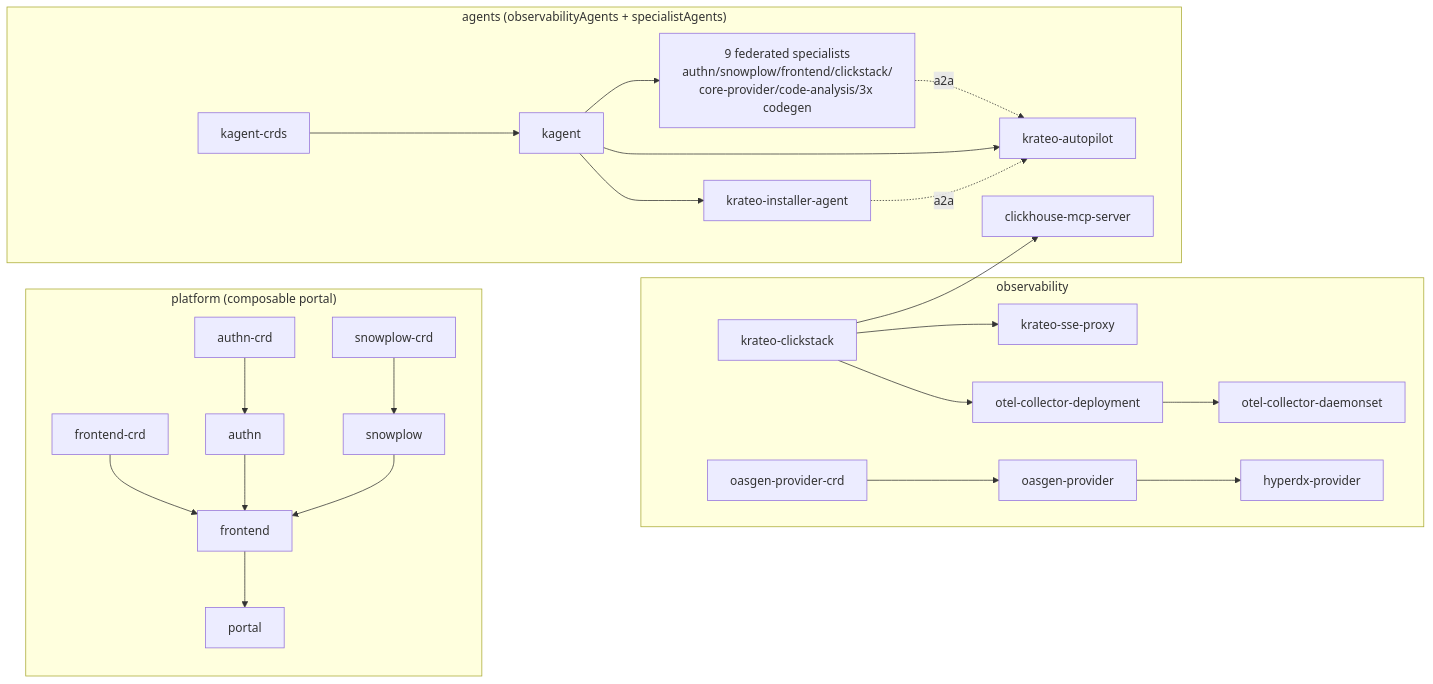
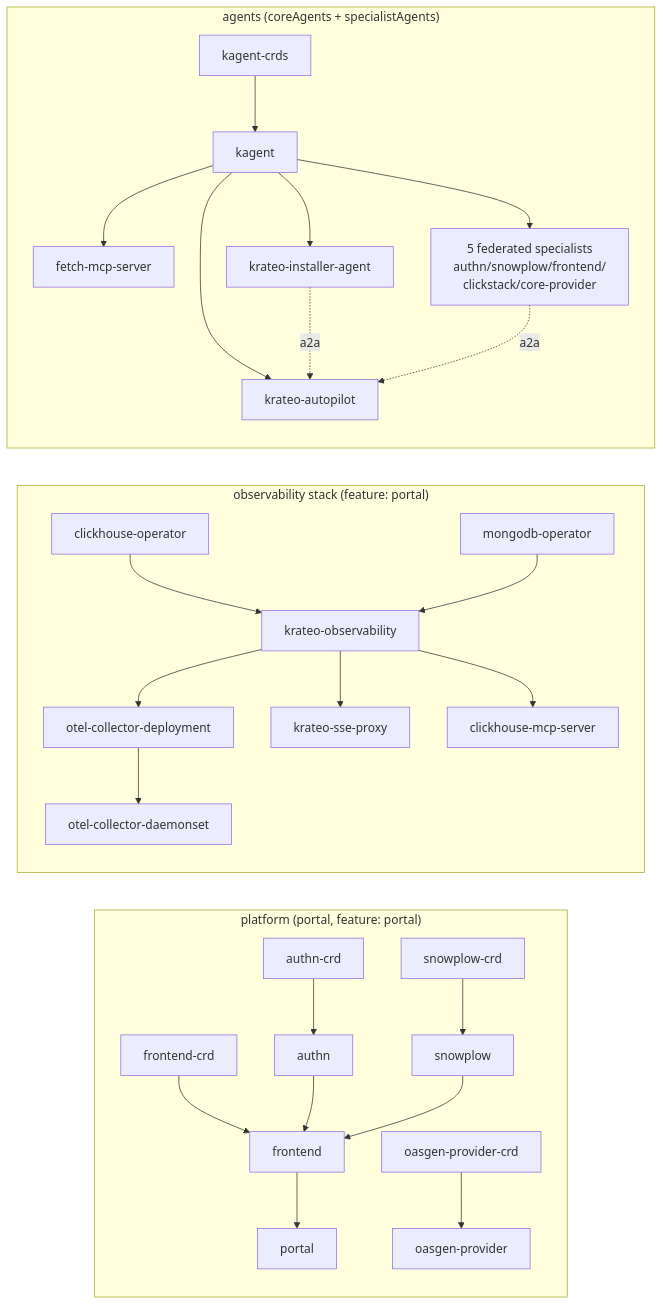
One commit to braghettos/installer changed the second of 2 diagrams in README.md. Above: the diagram before and after it, drawn with Mermaid. The commit also changed other lines of this file and 11 other files, not shown here.

````diff
--- a/README.md
+++ b/README.md
@@ -154,27 +158,29 @@
 ```mermaid
 flowchart LR
-    subgraph platform["platform (composable portal)"]
+    subgraph platform["platform (portal, feature: portal)"]
         authncrd[authn-crd] --> authn
         snowplowcrd[snowplow-crd] --> snowplow
         frontendcrd[frontend-crd] --> frontend
         authn --> frontend
         snowplow --> frontend
         frontend --> portal
+        oasgencrd[oasgen-provider-crd] --> oasgen[oasgen-provider]
     end
-    subgraph obs["observability"]
-        clickstack[krateo-clickstack] --> oteld[otel-collector-deployment]
+    subgraph obs["observability stack (feature: portal)"]
+        chop[clickhouse-operator] --> obsvc[krateo-observability]
+        mongoop[mongodb-operator] --> obsvc
+        obsvc --> oteld[otel-collector-deployment]
         oteld --> otelds[otel-collector-daemonset]
-        clickstack --> sse[krateo-sse-proxy]
-        oasgencrd[oasgen-provider-crd] --> oasgen[oasgen-provider]
-        oasgen --> hyperdx[hyperdx-provider]
+        obsvc --> sse[krateo-sse-proxy]
+        obsvc --> mcp[clickhouse-mcp-server]
     end
-    subgraph agents["agents (observabilityAgents + specialistAgents)"]
-        clickstack --> mcp[clickhouse-mcp-server]
+    subgraph agents["agents (coreAgents + specialistAgents)"]
         kagentcrds[kagent-crds] --> kagent
+        kagent --> fetch[fetch-mcp-server]
         kagent --> iagent[krateo-installer-agent]
         kagent --> autopilot[krateo-autopilot]
         iagent -. a2a .-> autopilot
-        kagent --> specialists[9 federated specialists<br/>authn/snowplow/frontend/clickstack/<br/>core-provider/code-analysis/3x codegen]
+        kagent --> specialists[5 federated specialists<br/>authn/snowplow/frontend/<br/>clickstack/core-provider]
         specialists -. a2a .-> autopilot
     end
 ```
````
